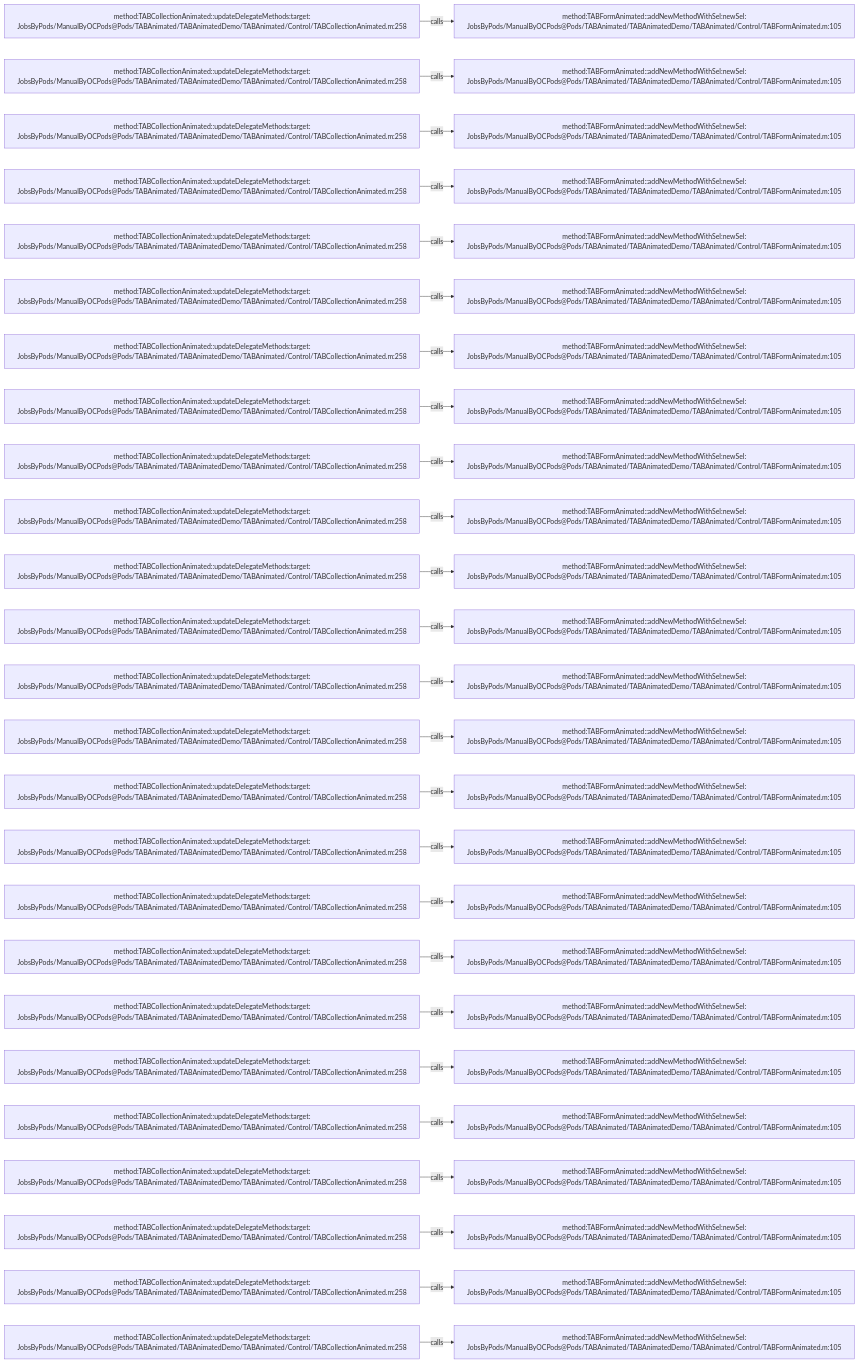
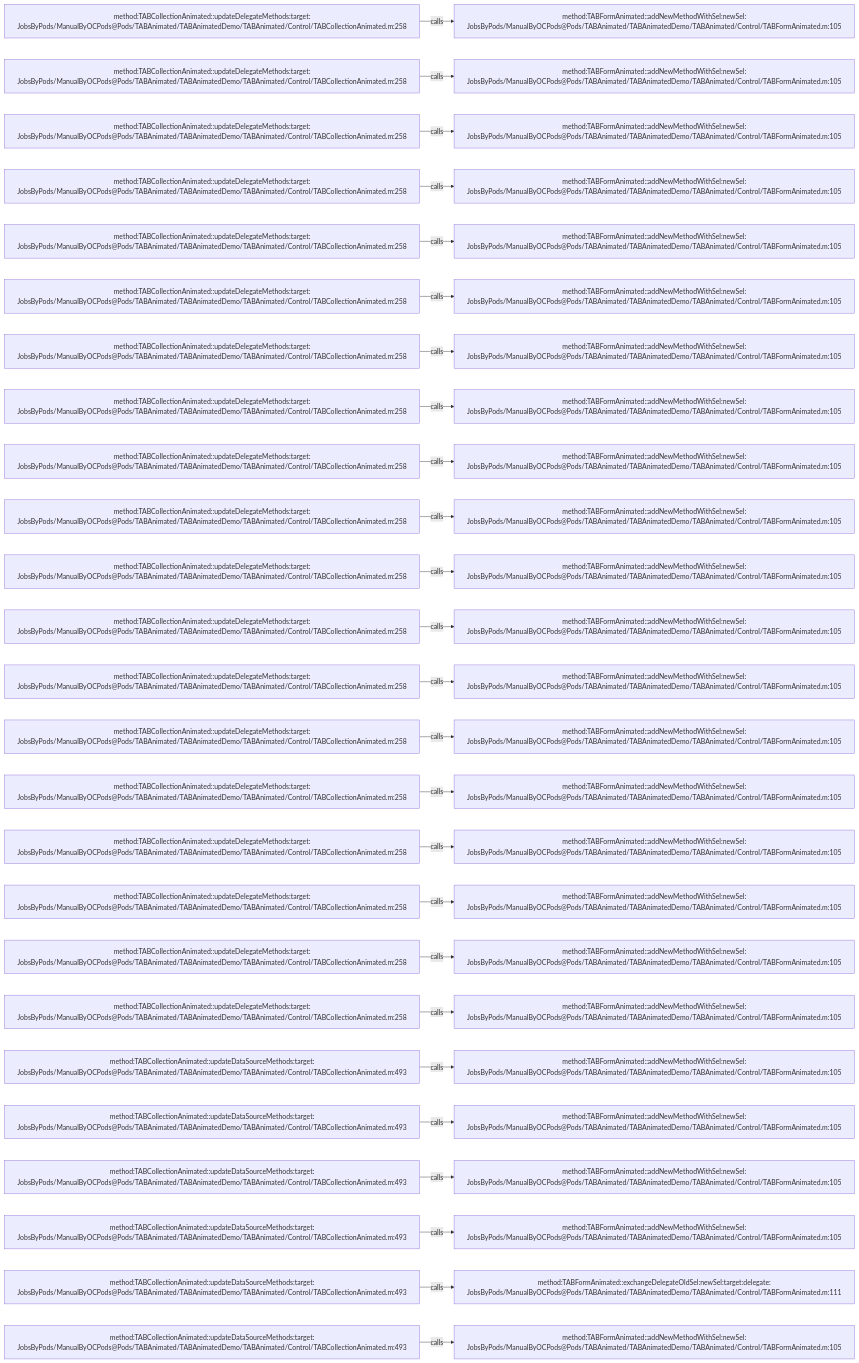
One commit to JobsKits/JobsOCBaseConfigDemo changed the diagram in .codegraph/codegraph.md/graphs/calls-024.md. Above: the diagram before and after it, drawn with Mermaid. The commit also changed 296 other files, not shown here.

````diff
--- a/.codegraph/codegraph.md/graphs/calls-024.md
+++ b/.codegraph/codegraph.md/graphs/calls-024.md
@@ -13,78 +13,78 @@
 ```mermaid
 flowchart LR
   S1["method:TABCollectionAnimated::updateDelegateMethods:target:<br/>JobsByPods/ManualByOCPods@Pods/TABAnimated/TABAnimatedDemo/TABAnimated/Control/TABCollectionAnimated.m:258"]
   T1["method:TABFormAnimated::addNewMethodWithSel:newSel:<br/>JobsByPods/ManualByOCPods@Pods/TABAnimated/TABAnimatedDemo/TABAnimated/Control/TABFormAnimated.m:105"]
   S1 -->|calls| T1
   S2["method:TABCollectionAnimated::updateDelegateMethods:target:<br/>JobsByPods/ManualByOCPods@Pods/TABAnimated/TABAnimatedDemo/TABAnimated/Control/TABCollectionAnimated.m:258"]
   T2["method:TABFormAnimated::addNewMethodWithSel:newSel:<br/>JobsByPods/ManualByOCPods@Pods/TABAnimated/TABAnimatedDemo/TABAnimated/Control/TABFormAnimated.m:105"]
   S2 -->|calls| T2
   S3["method:TABCollectionAnimated::updateDelegateMethods:target:<br/>JobsByPods/ManualByOCPods@Pods/TABAnimated/TABAnimatedDemo/TABAnimated/Control/TABCollectionAnimated.m:258"]
   T3["method:TABFormAnimated::addNewMethodWithSel:newSel:<br/>JobsByPods/ManualByOCPods@Pods/TABAnimated/TABAnimatedDemo/TABAnimated/Control/TABFormAnimated.m:105"]
   S3 -->|calls| T3
   S4["method:TABCollectionAnimated::updateDelegateMethods:target:<br/>JobsByPods/ManualByOCPods@Pods/TABAnimated/TABAnimatedDemo/TABAnimated/Control/TABCollectionAnimated.m:258"]
   T4["method:TABFormAnimated::addNewMethodWithSel:newSel:<br/>JobsByPods/ManualByOCPods@Pods/TABAnimated/TABAnimatedDemo/TABAnimated/Control/TABFormAnimated.m:105"]
   S4 -->|calls| T4
   S5["method:TABCollectionAnimated::updateDelegateMethods:target:<br/>JobsByPods/ManualByOCPods@Pods/TABAnimated/TABAnimatedDemo/TABAnimated/Control/TABCollectionAnimated.m:258"]
   T5["method:TABFormAnimated::addNewMethodWithSel:newSel:<br/>JobsByPods/ManualByOCPods@Pods/TABAnimated/TABAnimatedDemo/TABAnimated/Control/TABFormAnimated.m:105"]
   S5 -->|calls| T5
   S6["method:TABCollectionAnimated::updateDelegateMethods:target:<br/>JobsByPods/ManualByOCPods@Pods/TABAnimated/TABAnimatedDemo/TABAnimated/Control/TABCollectionAnimated.m:258"]
   T6["method:TABFormAnimated::addNewMethodWithSel:newSel:<br/>JobsByPods/ManualByOCPods@Pods/TABAnimated/TABAnimatedDemo/TABAnimated/Control/TABFormAnimated.m:105"]
   S6 -->|calls| T6
   S7["method:TABCollectionAnimated::updateDelegateMethods:target:<br/>JobsByPods/ManualByOCPods@Pods/TABAnimated/TABAnimatedDemo/TABAnimated/Control/TABCollectionAnimated.m:258"]
   T7["method:TABFormAnimated::addNewMethodWithSel:newSel:<br/>JobsByPods/ManualByOCPods@Pods/TABAnimated/TABAnimatedDemo/TABAnimated/Control/TABFormAnimated.m:105"]
   S7 -->|calls| T7
   S8["method:TABCollectionAnimated::updateDelegateMethods:target:<br/>JobsByPods/ManualByOCPods@Pods/TABAnimated/TABAnimatedDemo/TABAnimated/Control/TABCollectionAnimated.m:258"]
   T8["method:TABFormAnimated::addNewMethodWithSel:newSel:<br/>JobsByPods/ManualByOCPods@Pods/TABAnimated/TABAnimatedDemo/TABAnimated/Control/TABFormAnimated.m:105"]
   S8 -->|calls| T8
   S9["method:TABCollectionAnimated::updateDelegateMethods:target:<br/>JobsByPods/ManualByOCPods@Pods/TABAnimated/TABAnimatedDemo/TABAnimated/Control/TABCollectionAnimated.m:258"]
   T9["method:TABFormAnimated::addNewMethodWithSel:newSel:<br/>JobsByPods/ManualByOCPods@Pods/TABAnimated/TABAnimatedDemo/TABAnimated/Control/TABFormAnimated.m:105"]
   S9 -->|calls| T9
   S10["method:TABCollectionAnimated::updateDelegateMethods:target:<br/>JobsByPods/ManualByOCPods@Pods/TABAnimated/TABAnimatedDemo/TABAnimated/Control/TABCollectionAnimated.m:258"]
   T10["method:TABFormAnimated::addNewMethodWithSel:newSel:<br/>JobsByPods/ManualByOCPods@Pods/TABAnimated/TABAnimatedDemo/TABAnimated/Control/TABFormAnimated.m:105"]
   S10 -->|calls| T10
   S11["method:TABCollectionAnimated::updateDelegateMethods:target:<br/>JobsByPods/ManualByOCPods@Pods/TABAnimated/TABAnimatedDemo/TABAnimated/Control/TABCollectionAnimated.m:258"]
   T11["method:TABFormAnimated::addNewMethodWithSel:newSel:<br/>JobsByPods/ManualByOCPods@Pods/TABAnimated/TABAnimatedDemo/TABAnimated/Control/TABFormAnimated.m:105"]
   S11 -->|calls| T11
   S12["method:TABCollectionAnimated::updateDelegateMethods:target:<br/>JobsByPods/ManualByOCPods@Pods/TABAnimated/TABAnimatedDemo/TABAnimated/Control/TABCollectionAnimated.m:258"]
   T12["method:TABFormAnimated::addNewMethodWithSel:newSel:<br/>JobsByPods/ManualByOCPods@Pods/TABAnimated/TABAnimatedDemo/TABAnimated/Control/TABFormAnimated.m:105"]
   S12 -->|calls| T12
   S13["method:TABCollectionAnimated::updateDelegateMethods:target:<br/>JobsByPods/ManualByOCPods@Pods/TABAnimated/TABAnimatedDemo/TABAnimated/Control/TABCollectionAnimated.m:258"]
   T13["method:TABFormAnimated::addNewMethodWithSel:newSel:<br/>JobsByPods/ManualByOCPods@Pods/TABAnimated/TABAnimatedDemo/TABAnimated/Control/TABFormAnimated.m:105"]
   S13 -->|calls| T13
   S14["method:TABCollectionAnimated::updateDelegateMethods:target:<br/>JobsByPods/ManualByOCPods@Pods/TABAnimated/TABAnimatedDemo/TABAnimated/Control/TABCollectionAnimated.m:258"]
   T14["method:TABFormAnimated::addNewMethodWithSel:newSel:<br/>JobsByPods/ManualByOCPods@Pods/TABAnimated/TABAnimatedDemo/TABAnimated/Control/TABFormAnimated.m:105"]
   S14 -->|calls| T14
   S15["method:TABCollectionAnimated::updateDelegateMethods:target:<br/>JobsByPods/ManualByOCPods@Pods/TABAnimated/TABAnimatedDemo/TABAnimated/Control/TABCollectionAnimated.m:258"]
   T15["method:TABFormAnimated::addNewMethodWithSel:newSel:<br/>JobsByPods/ManualByOCPods@Pods/TABAnimated/TABAnimatedDemo/TABAnimated/Control/TABFormAnimated.m:105"]
   S15 -->|calls| T15
   S16["method:TABCollectionAnimated::updateDelegateMethods:target:<br/>JobsByPods/ManualByOCPods@Pods/TABAnimated/TABAnimatedDemo/TABAnimated/Control/TABCollectionAnimated.m:258"]
   T16["method:TABFormAnimated::addNewMethodWithSel:newSel:<br/>JobsByPods/ManualByOCPods@Pods/TABAnimated/TABAnimatedDemo/TABAnimated/Control/TABFormAnimated.m:105"]
   S16 -->|calls| T16
   S17["method:TABCollectionAnimated::updateDelegateMethods:target:<br/>JobsByPods/ManualByOCPods@Pods/TABAnimated/TABAnimatedDemo/TABAnimated/Control/TABCollectionAnimated.m:258"]
   T17["method:TABFormAnimated::addNewMethodWithSel:newSel:<br/>JobsByPods/ManualByOCPods@Pods/TABAnimated/TABAnimatedDemo/TABAnimated/Control/TABFormAnimated.m:105"]
   S17 -->|calls| T17
   S18["method:TABCollectionAnimated::updateDelegateMethods:target:<br/>JobsByPods/ManualByOCPods@Pods/TABAnimated/TABAnimatedDemo/TABAnimated/Control/TABCollectionAnimated.m:258"]
   T18["method:TABFormAnimated::addNewMethodWithSel:newSel:<br/>JobsByPods/ManualByOCPods@Pods/TABAnimated/TABAnimatedDemo/TABAnimated/Control/TABFormAnimated.m:105"]
   S18 -->|calls| T18
   S19["method:TABCollectionAnimated::updateDelegateMethods:target:<br/>JobsByPods/ManualByOCPods@Pods/TABAnimated/TABAnimatedDemo/TABAnimated/Control/TABCollectionAnimated.m:258"]
   T19["method:TABFormAnimated::addNewMethodWithSel:newSel:<br/>JobsByPods/ManualByOCPods@Pods/TABAnimated/TABAnimatedDemo/TABAnimated/Control/TABFormAnimated.m:105"]
   S19 -->|calls| T19
-  S20["method:TABCollectionAnimated::updateDelegateMethods:target:<br/>JobsByPods/ManualByOCPods@Pods/TABAnimated/TABAnimatedDemo/TABAnimated/Control/TABCollectionAnimated.m:258"]
+  S20["method:TABCollectionAnimated::updateDataSourceMethods:target:<br/>JobsByPods/ManualByOCPods@Pods/TABAnimated/TABAnimatedDemo/TABAnimated/Control/TABCollectionAnimated.m:493"]
   T20["method:TABFormAnimated::addNewMethodWithSel:newSel:<br/>JobsByPods/ManualByOCPods@Pods/TABAnimated/TABAnimatedDemo/TABAnimated/Control/TABFormAnimated.m:105"]
   S20 -->|calls| T20
-  S21["method:TABCollectionAnimated::updateDelegateMethods:target:<br/>JobsByPods/ManualByOCPods@Pods/TABAnimated/TABAnimatedDemo/TABAnimated/Control/TABCollectionAnimated.m:258"]
+  S21["method:TABCollectionAnimated::updateDataSourceMethods:target:<br/>JobsByPods/ManualByOCPods@Pods/TABAnimated/TABAnimatedDemo/TABAnimated/Control/TABCollectionAnimated.m:493"]
   T21["method:TABFormAnimated::addNewMethodWithSel:newSel:<br/>JobsByPods/ManualByOCPods@Pods/TABAnimated/TABAnimatedDemo/TABAnimated/Control/TABFormAnimated.m:105"]
   S21 -->|calls| T21
-  S22["method:TABCollectionAnimated::updateDelegateMethods:target:<br/>JobsByPods/ManualByOCPods@Pods/TABAnimated/TABAnimatedDemo/TABAnimated/Control/TABCollectionAnimated.m:258"]
+  S22["method:TABCollectionAnimated::updateDataSourceMethods:target:<br/>JobsByPods/ManualByOCPods@Pods/TABAnimated/TABAnimatedDemo/TABAnimated/Control/TABCollectionAnimated.m:493"]
   T22["method:TABFormAnimated::addNewMethodWithSel:newSel:<br/>JobsByPods/ManualByOCPods@Pods/TABAnimated/TABAnimatedDemo/TABAnimated/Control/TABFormAnimated.m:105"]
   S22 -->|calls| T22
-  S23["method:TABCollectionAnimated::updateDelegateMethods:target:<br/>JobsByPods/ManualByOCPods@Pods/TABAnimated/TABAnimatedDemo/TABAnimated/Control/TABCollectionAnimated.m:258"]
+  S23["method:TABCollectionAnimated::updateDataSourceMethods:target:<br/>JobsByPods/ManualByOCPods@Pods/TABAnimated/TABAnimatedDemo/TABAnimated/Control/TABCollectionAnimated.m:493"]
   T23["method:TABFormAnimated::addNewMethodWithSel:newSel:<br/>JobsByPods/ManualByOCPods@Pods/TABAnimated/TABAnimatedDemo/TABAnimated/Control/TABFormAnimated.m:105"]
   S23 -->|calls| T23
-  S24["method:TABCollectionAnimated::updateDelegateMethods:target:<br/>JobsByPods/ManualByOCPods@Pods/TABAnimated/TABAnimatedDemo/TABAnimated/Control/TABCollectionAnimated.m:258"]
-  T24["method:TABFormAnimated::addNewMethodWithSel:newSel:<br/>JobsByPods/ManualByOCPods@Pods/TABAnimated/TABAnimatedDemo/TABAnimated/Control/TABFormAnimated.m:105"]
+  S24["method:TABCollectionAnimated::updateDataSourceMethods:target:<br/>JobsByPods/ManualByOCPods@Pods/TABAnimated/TABAnimatedDemo/TABAnimated/Control/TABCollectionAnimated.m:493"]
+  T24["method:TABFormAnimated::exchangeDelegateOldSel:newSel:target:delegate:<br/>JobsByPods/ManualByOCPods@Pods/TABAnimated/TABAnimatedDemo/TABAnimated/Control/TABFormAnimated.m:111"]
   S24 -->|calls| T24
-  S25["method:TABCollectionAnimated::updateDelegateMethods:target:<br/>JobsByPods/ManualByOCPods@Pods/TABAnimated/TABAnimatedDemo/TABAnimated/Control/TABCollectionAnimated.m:258"]
+  S25["method:TABCollectionAnimated::updateDataSourceMethods:target:<br/>JobsByPods/ManualByOCPods@Pods/TABAnimated/TABAnimatedDemo/TABAnimated/Control/TABCollectionAnimated.m:493"]
   T25["method:TABFormAnimated::addNewMethodWithSel:newSel:<br/>JobsByPods/ManualByOCPods@Pods/TABAnimated/TABAnimatedDemo/TABAnimated/Control/TABFormAnimated.m:105"]
   S25 -->|calls| T25
 ```
````
